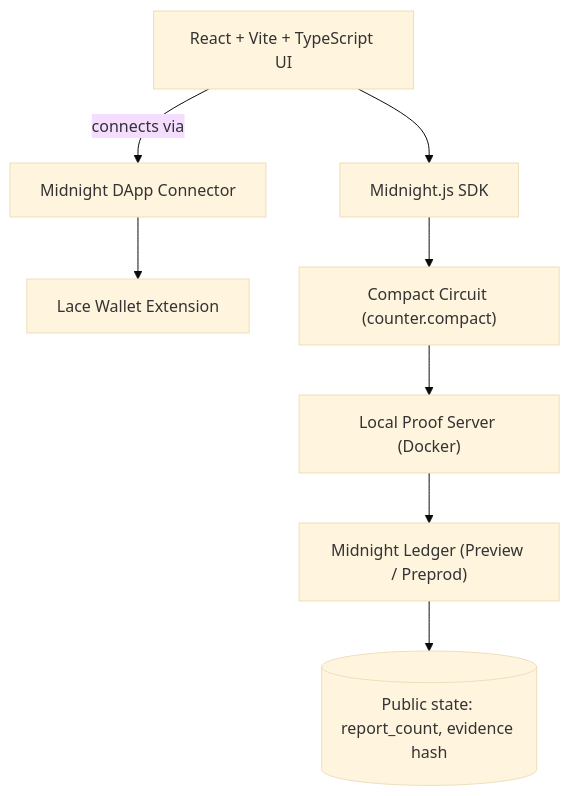
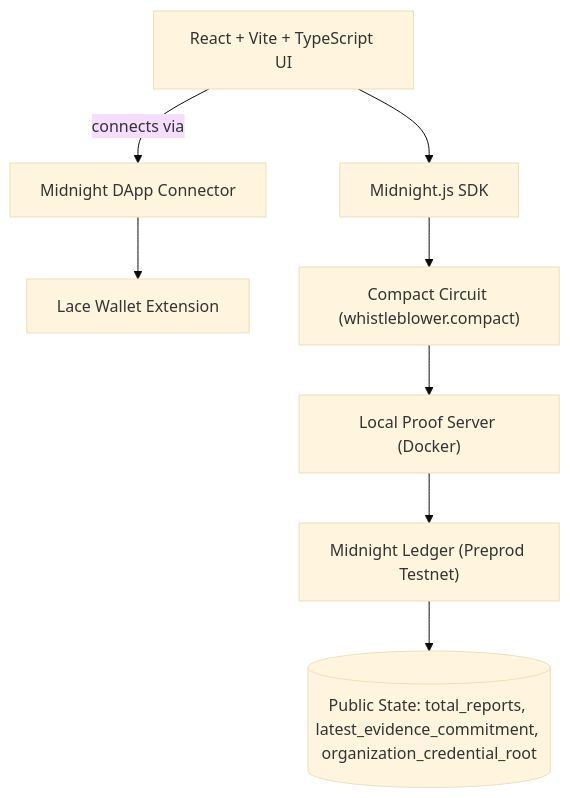
The second of 2 diagrams in README.md (thesayancodes/WhistleZero-Anonymous_Whistleblower_Network), drawn with Mermaid (base theme) before and after one commit. The commit also changed other lines of this file and 25 other files, not shown here.

Commit message:
feat: upgrade to WhistleZeroProtocol Compact contract and record verified Preprod contract deployment

````diff
--- a/README.md
+++ b/README.md
@@ -76,10 +102,10 @@
 ```mermaid
 graph TD
     A["React + Vite + TypeScript UI"] -->|connects via| B["Midnight DApp Connector"]
     B --> C["Lace Wallet Extension"]
     A --> D["Midnight.js SDK"]
-    D --> E["Compact Circuit (counter.compact)"]
+    D --> E["Compact Circuit (whistleblower.compact)"]
     E --> F["Local Proof Server (Docker)"]
-    F --> G["Midnight Ledger (Preview / Preprod)"]
-    G --> H[("Public state: report_count, evidence hash")]
+    F --> G["Midnight Ledger (Preprod Testnet)"]
+    G --> H[("Public State: total_reports, latest_evidence_commitment, organization_credential_root")]
 ```
````
